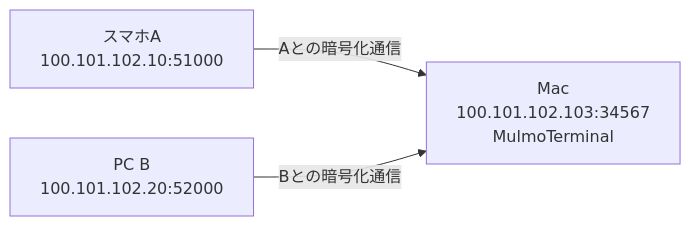
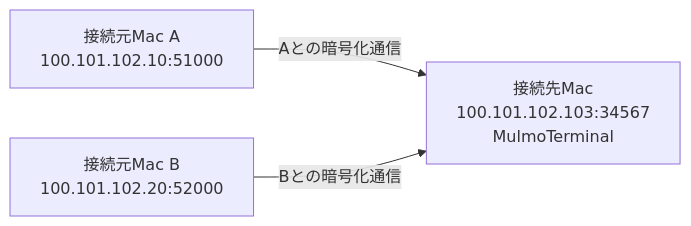
The fifth of 6 diagrams in articles/tailscale-mulmoterminal-network.md (susumutomita/zenn-article), drawn with Mermaid before and after one commit. The commit also changed other lines of this file, not shown here.

First line of the commit message:
MulmoTerminal記事をMac同士の実践と接続経路を選ぶ理由に沿って訂正 (#320)

````diff
--- a/articles/tailscale-mulmoterminal-network.md
+++ b/articles/tailscale-mulmoterminal-network.md
@@ -416,8 +422,8 @@
 ```mermaid
 flowchart LR
-  A["スマホA<br/>100.101.102.10:51000"]
-  B["PC B<br/>100.101.102.20:52000"]
-  M["Mac<br/>100.101.102.103:34567<br/>MulmoTerminal"]
+  A["接続元Mac A<br/>100.101.102.10:51000"]
+  B["接続元Mac B<br/>100.101.102.20:52000"]
+  M["接続先Mac<br/>100.101.102.103:34567<br/>MulmoTerminal"]
   A -->|"Aとの暗号化通信"| M
   B -->|"Bとの暗号化通信"| M
 ```
````
